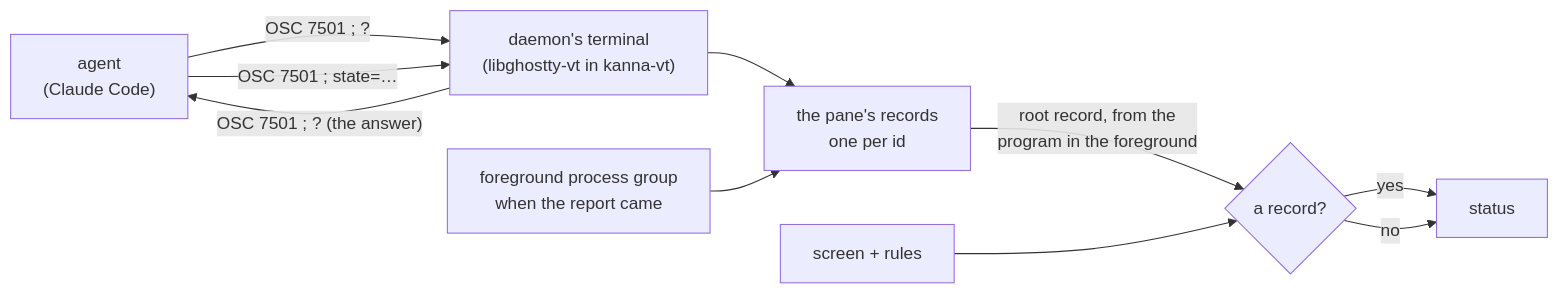
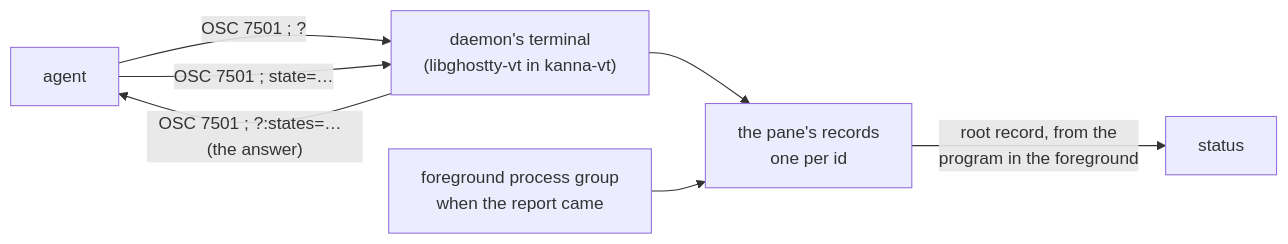
One commit to tampopogk/kanna changed the third of 3 diagrams in docs/specs/agent-status.md. Above: the diagram before and after it, drawn with Mermaid. The commit also changed other lines of this file and 14 other files, not shown here.

Commit message:
Specs: agent status comes only from OSC 7501; Kanna's agents are claude, codex, opencode and agy, gated by version; copilot and the screen rules go

````diff
--- a/docs/specs/agent-status.md
+++ b/docs/specs/agent-status.md
@@ -85,12 +85,9 @@
 ```mermaid
 flowchart LR
-    A["agent<br/>(Claude Code)"] -->|"OSC 7501 ; ?"| VT["daemon's terminal<br/>(libghostty-vt in kanna-vt)"]
-    VT -->|"OSC 7501 ; ?  (the answer)"| A
+    A["agent"] -->|"OSC 7501 ; ?"| VT["daemon's terminal<br/>(libghostty-vt in kanna-vt)"]
+    VT -->|"OSC 7501 ; ?:states=…  (the answer)"| A
     A -->|"OSC 7501 ; state=…"| VT
     VT --> REC["the pane's records<br/>one per id"]
     PG["foreground process group<br/>when the report came"] --> REC
-    REC -->|"root record, from the<br/>program in the foreground"| D{"a record?"}
-    S["screen + rules"] --> D
-    D -->|yes| ST["status"]
-    D -->|no| ST
+    REC -->|"root record, from the<br/>program in the foreground"| ST["status"]
 ```
````
